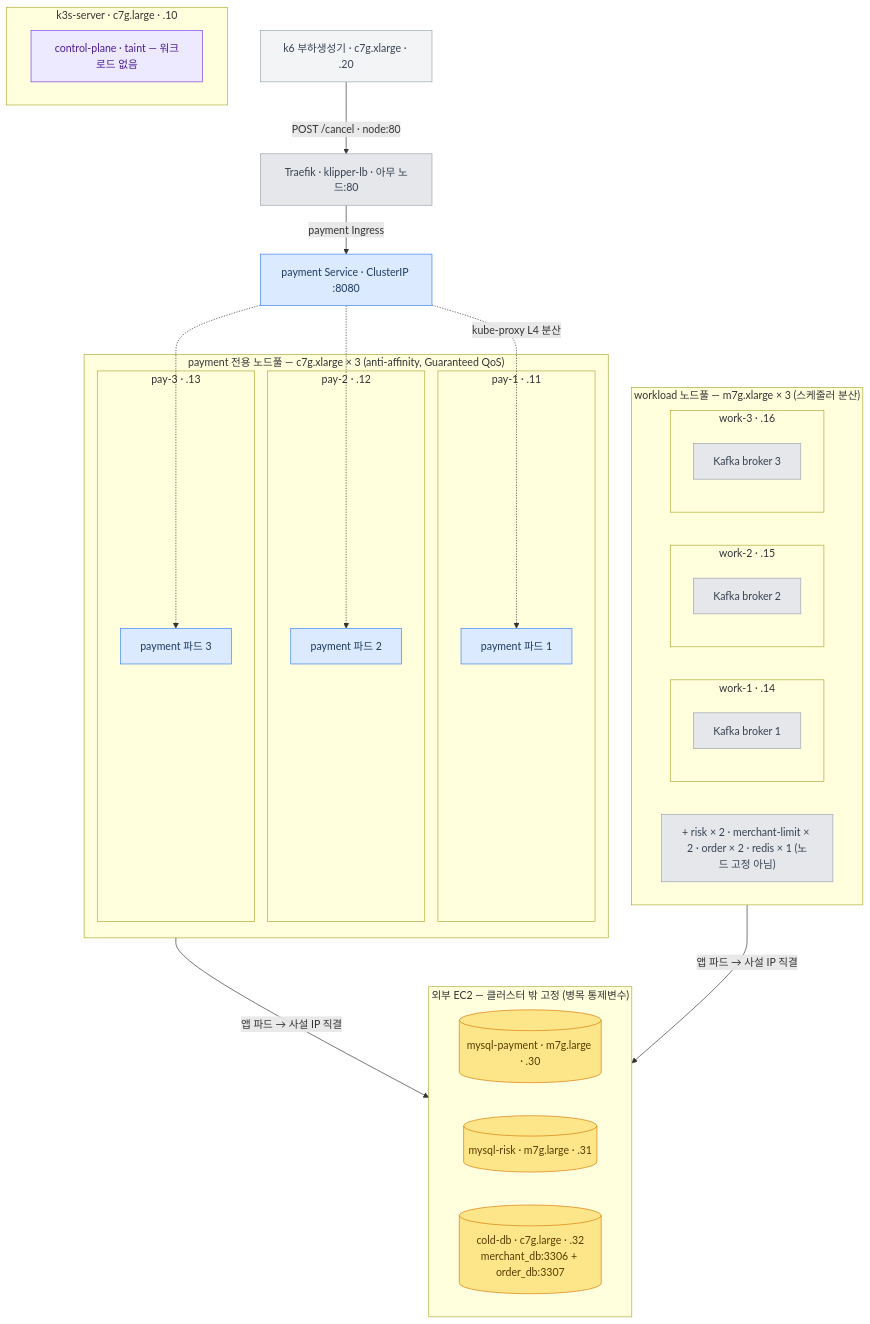
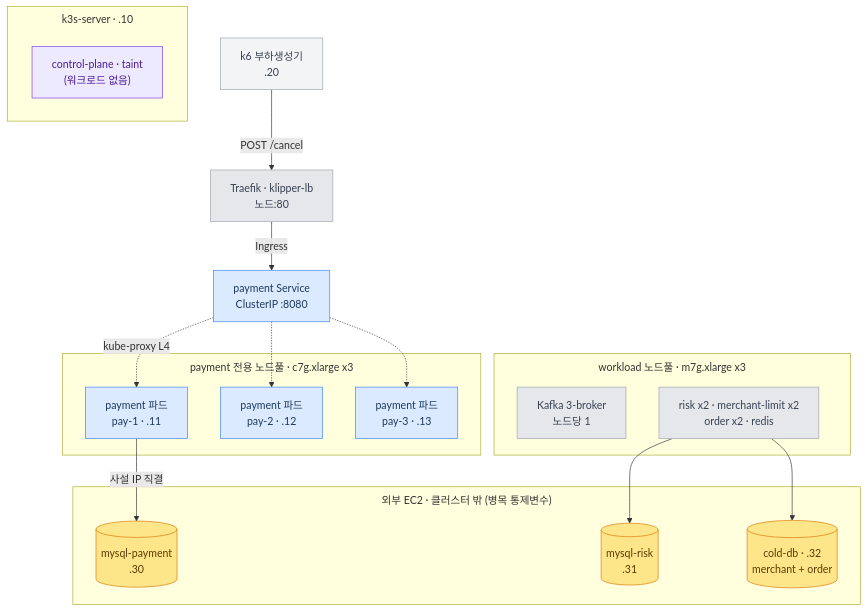
One commit to lsc713/quarSync changed the diagram in content/posts/Scale/01.자립 리그를 k3s로 깔다.md. Above: the diagram before and after it, drawn with Mermaid. The commit also changed other lines of this file and 2 other files, not shown here.

Commit message:
Update blog: 2026-07-13 20:02

````diff
--- a/content/posts/Scale/01.자립 리그를 k3s로 깔다.md
+++ b/content/posts/Scale/01.자립 리그를 k3s로 깔다.md
@@ -47,56 +48,43 @@
 ```mermaid
+%%{init: {"flowchart": {"subGraphTitleMargin": {"top": 8, "bottom": 18}}}}%%
 graph TB
   classDef svc fill:#dbeafe,stroke:#3b82f6,color:#1e3a5f
   classDef infra fill:#e5e7eb,stroke:#9ca3af,color:#374151
   classDef db fill:#fde68a,stroke:#d97706,color:#5b3a00
   classDef ext fill:#f3f4f6,stroke:#9ca3af,color:#374151
   classDef cp fill:#ede9fe,stroke:#7c3aed,color:#4c1d95
 
-  k6["k6 부하생성기 · c7g.xlarge · .20"]:::ext
+  k6["k6 부하생성기<br/>.20"]:::ext
+  tr["Traefik · klipper-lb<br/>노드:80"]:::infra
+  psvc["payment Service<br/>ClusterIP :8080"]:::svc
 
-  subgraph server["k3s-server · c7g.large · .10"]
-    cp_["control-plane · taint — 워크로드 없음"]:::cp
+  subgraph server["k3s-server · .10"]
+    cp_["control-plane · taint<br/>(워크로드 없음)"]:::cp
   end
 
-  subgraph pay_pool["payment 전용 노드풀 — c7g.xlarge × 3 (anti-affinity, Guaranteed QoS)"]
-    subgraph pn1["pay-1 · .11"]
-      pa1["payment 파드 1"]:::svc
-    end
-    subgraph pn2["pay-2 · .12"]
-      pa2["payment 파드 2"]:::svc
-    end
-    subgraph pn3["pay-3 · .13"]
-      pa3["payment 파드 3"]:::svc
-    end
+  subgraph pay_pool["payment 전용 노드풀 · c7g.xlarge x3"]
+    pa1["payment 파드<br/>pay-1 · .11"]:::svc
+    pa2["payment 파드<br/>pay-2 · .12"]:::svc
+    pa3["payment 파드<br/>pay-3 · .13"]:::svc
   end
 
-  subgraph work_pool["workload 노드풀 — m7g.xlarge × 3 (스케줄러 분산)"]
-    subgraph wn1["work-1 · .14"]
-      kb0["Kafka broker 1"]:::infra
-    end
-    subgraph wn2["work-2 · .15"]
-      kb1["Kafka broker 2"]:::infra
-    end
-    subgraph wn3["work-3 · .16"]
-      kb2["Kafka broker 3"]:::infra
-    end
-    float_["+ risk × 2 · merchant-limit × 2 · order × 2 · redis × 1 (노드 고정 아님)"]:::infra
+  subgraph work_pool["workload 노드풀 · m7g.xlarge x3"]
+    kb["Kafka 3-broker<br/>노드당 1"]:::infra
+    etc["risk x2 · merchant-limit x2<br/>order x2 · redis"]:::infra
   end
 
-  tr["Traefik · klipper-lb · 아무 노드:80"]:::infra
-  psvc["payment Service · ClusterIP :8080"]:::svc
-
-  subgraph db_ext["외부 EC2 — 클러스터 밖 고정 (병목 통제변수)"]
-    mp[("mysql-payment · m7g.large · .30")]:::db
-    mr[("mysql-risk · m7g.large · .31")]:::db
-    cd[("cold-db · c7g.large · .32<br/>merchant_db:3306 + order_db:3307")]:::db
+  subgraph db_ext["외부 EC2 · 클러스터 밖 (병목 통제변수)"]
+    mp[("mysql-payment<br/>.30")]:::db
+    mr[("mysql-risk<br/>.31")]:::db
+    cd[("cold-db · .32<br/>merchant + order")]:::db
   end
 
-  k6 -->|"POST /cancel · node:80"| tr
-  tr -->|"payment Ingress"| psvc
-  psvc -.->|"kube-proxy L4 분산"| pa1
+  k6 -->|"POST /cancel"| tr
+  tr -->|"Ingress"| psvc
+  psvc -.->|"kube-proxy L4"| pa1
   psvc -.-> pa2
   psvc -.-> pa3
-  pay_pool -->|"앱 파드 → 사설 IP 직결"| db_ext
-  work_pool -->|"앱 파드 → 사설 IP 직결"| db_ext
+  pa1 -->|"사설 IP 직결"| mp
+  etc --> mr
+  etc --> cd
 ```
````
